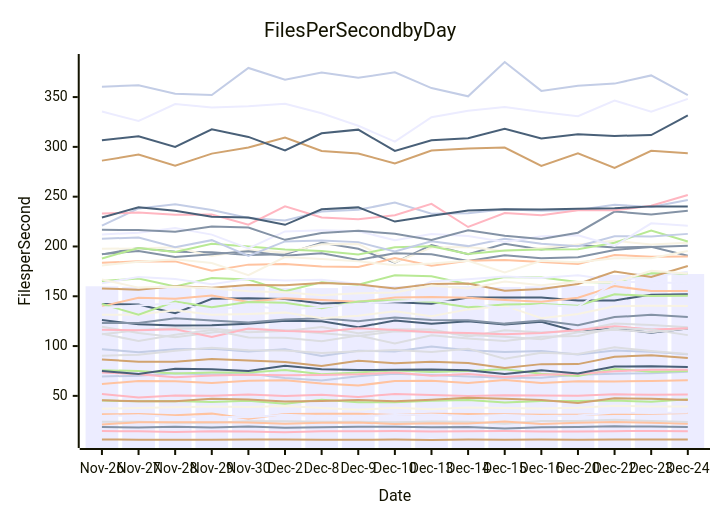
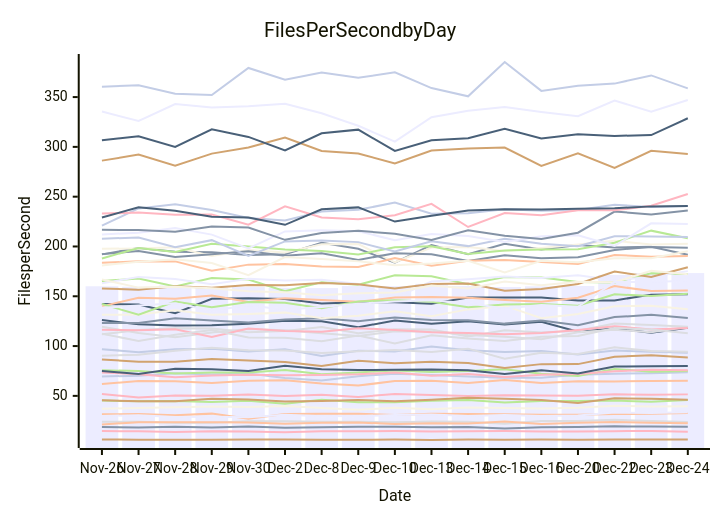
The diagram in perf-report.md (streetsidesoftware/cspell), drawn with Mermaid before and after one commit. The commit also changed other lines of this file and 1 other file, not shown here.

````diff
--- a/perf-report.md
+++ b/perf-report.md
@@ -10,57 +10,57 @@
 ```mermaid
 xychart-beta
     title Files Per Second by Day
     y-axis Files per Second
     x-axis Date [Nov-26, Nov-27, Nov-28, Nov-29, Nov-30, Dec-2, Dec-8, Dec-9, Dec-10, Dec-13, Dec-14, Dec-15, Dec-16, Dec-20, Dec-22, Dec-23, Dec-24]
-    bar [160.01, 159.51, 160.85, 158.58, 159.25, 158.41, 158.24, 160.26, 160.13, 162.46, 160.30, 159.32, 159.99, 160.32, 171.41, 173.30, 172.38]
-    line [18.83, 18.32, 19.02, 18.13, 19.36, 18.09, 18.49, 18.92, 19.04, 18.41, 18.71, 17.35, 18.44, 18.66, 19.39, 19.24, 18.85]
-    line [31.60, 31.68, 30.55, 32.17, 27.01, 31.76, 31.99, 31.99, 30.84, 32.08, 31.89, 31.67, 31.01, 31.00, 31.79, 31.95, 32.77]
-    line [24.09, 24.00, 22.97, 23.09, 24.60, 24.46, 23.99, 23.97, 23.56, 24.27, 23.97, 21.89, 24.77, 24.75, 25.98, 24.78, 23.81]
-    line [165.34, 167.76, 159.74, 168.29, 166.84, 155.06, 164.08, 161.66, 171.02, 169.99, 161.97, 169.28, 168.79, 164.45, 163.90, 173.08, 172.85]
-    line [6.16, 6.03, 5.90, 6.01, 6.16, 6.12, 6.00, 6.03, 6.11, 5.69, 6.12, 5.85, 6.27, 5.94, 6.19, 6.23, 6.07]
-    line [96.91, 93.91, 96.71, 97.20, 94.57, 96.80, 90.09, 95.39, 94.62, 99.56, 95.79, 93.99, 95.03, 91.66, 95.50, 94.32, 91.66]
-    line [51.79, 48.42, 50.26, 50.21, 51.36, 49.95, 51.18, 48.94, 51.93, 50.78, 49.91, 50.66, 50.34, 50.02, 51.61, 51.21, 51.39]
-    line [126.14, 121.82, 120.62, 120.89, 122.51, 125.41, 124.96, 118.90, 125.77, 122.50, 124.97, 121.63, 124.44, 114.40, 117.66, 113.42, 117.71]
-    line [37.18, 37.74, 38.63, 39.45, 38.80, 39.93, 37.87, 36.13, 38.10, 36.47, 38.38, 37.81, 37.32, 38.13, 39.99, 39.24, 39.35]
-    line [163.00, 169.37, 167.40, 162.13, 167.55, 165.94, 166.49, 162.27, 148.64, 164.74, 167.10, 169.90, 168.25, 171.20, 165.98, 169.49, 174.65]
-    line [123.27, 123.12, 128.04, 125.68, 123.73, 126.68, 128.02, 124.91, 128.75, 126.25, 125.99, 122.54, 125.77, 120.95, 129.07, 131.35, 129.20]
-    line [21.29, 23.51, 23.57, 23.50, 23.32, 21.90, 22.93, 23.26, 21.71, 22.48, 22.26, 24.16, 21.86, 22.99, 23.86, 22.95, 21.88]
-    line [119.47, 113.07, 108.78, 113.61, 117.05, 115.87, 112.86, 110.11, 114.79, 114.58, 111.22, 109.33, 106.79, 113.91, 116.30, 113.89, 117.60]
-    line [45.25, 44.50, 44.73, 43.85, 45.20, 42.00, 46.02, 43.67, 43.68, 45.02, 45.75, 43.43, 44.94, 44.85, 45.35, 43.98, 46.56]
-    line [286.19, 292.24, 281.16, 293.25, 299.40, 309.39, 295.84, 293.27, 283.38, 296.25, 298.40, 299.27, 280.90, 293.45, 278.89, 296.00, 293.62]
-    line [69.45, 70.29, 72.76, 71.50, 72.49, 68.01, 65.32, 69.78, 72.32, 70.99, 69.49, 68.20, 68.29, 71.18, 72.28, 72.81, 74.20]
-    line [14.61, 14.49, 13.79, 14.45, 14.21, 13.55, 14.37, 14.53, 14.61, 14.25, 14.42, 14.66, 14.20, 14.14, 14.58, 14.66, 14.46]
-    line [142.26, 141.63, 133.10, 147.45, 147.90, 147.19, 142.70, 144.08, 143.97, 142.44, 148.72, 148.74, 148.66, 145.81, 145.83, 151.65, 152.04]
-    line [131.47, 131.60, 135.88, 131.34, 132.15, 133.58, 127.82, 130.48, 134.87, 129.94, 136.83, 140.59, 128.00, 132.13, 140.04, 140.36, 140.15]
-    line [335.50, 325.97, 342.99, 339.55, 340.91, 343.35, 333.69, 321.17, 305.21, 329.78, 336.28, 339.96, 335.03, 330.81, 346.52, 335.23, 348.17]
-    line [192.08, 198.49, 194.68, 194.09, 191.43, 192.21, 203.69, 197.75, 183.65, 201.42, 192.31, 202.71, 196.90, 201.49, 199.06, 199.67, 190.75]
-    line [61.80, 64.96, 64.67, 62.90, 65.22, 65.65, 62.39, 60.36, 64.84, 65.11, 62.93, 65.98, 63.02, 64.70, 64.39, 64.92, 65.56]
-    line [90.32, 91.22, 95.22, 98.38, 95.87, 95.57, 93.03, 94.71, 95.93, 94.05, 97.42, 87.40, 93.20, 92.02, 98.77, 95.06, 92.11]
-    line [75.69, 74.97, 72.54, 73.38, 73.35, 76.02, 71.59, 73.55, 75.54, 73.95, 75.07, 76.77, 72.26, 69.84, 77.03, 74.27, 74.85]
-    line [45.62, 44.62, 44.61, 47.22, 46.33, 44.42, 44.87, 45.90, 44.67, 46.00, 48.05, 47.07, 45.85, 42.75, 47.52, 47.21, 45.80]
-    line [220.97, 238.24, 242.33, 236.55, 228.65, 226.03, 235.13, 236.77, 244.11, 232.83, 233.41, 237.39, 235.87, 236.73, 241.85, 239.59, 246.68]
-    line [73.49, 71.80, 68.80, 70.33, 71.28, 70.66, 70.99, 71.64, 73.38, 70.10, 71.99, 68.96, 71.11, 72.00, 74.62, 76.21, 76.18]
-    line [75.07, 72.02, 77.23, 76.76, 75.06, 80.27, 76.65, 75.94, 76.12, 76.57, 75.62, 71.86, 75.70, 72.52, 79.52, 79.75, 78.94]
-    line [197.62, 198.09, 199.18, 190.53, 196.53, 193.86, 202.32, 202.37, 184.12, 199.02, 199.50, 195.58, 198.56, 202.04, 205.76, 202.04, 203.69]
-    line [29.86, 30.48, 28.76, 28.98, 28.47, 31.13, 29.50, 29.81, 30.70, 31.34, 29.78, 30.86, 29.89, 30.20, 33.22, 32.90, 33.35]
-    line [192.32, 195.34, 189.35, 192.30, 195.25, 190.71, 193.15, 186.55, 193.19, 192.23, 185.43, 191.26, 188.26, 189.10, 196.56, 199.42, 200.66]
-    line [183.57, 185.12, 185.03, 175.76, 181.77, 182.47, 179.95, 179.31, 188.38, 180.77, 185.77, 186.35, 184.33, 182.33, 191.53, 189.75, 190.04]
-    line [111.80, 116.19, 117.82, 117.56, 113.82, 115.04, 119.17, 112.82, 116.99, 116.61, 109.61, 115.93, 113.66, 115.36, 122.68, 121.26, 118.84]
-    line [187.96, 198.52, 194.49, 202.79, 200.07, 197.01, 195.46, 191.88, 199.25, 200.18, 192.55, 195.85, 196.96, 197.31, 203.68, 215.88, 205.04]
-    line [157.87, 156.54, 160.15, 158.52, 161.43, 161.03, 163.37, 162.01, 157.69, 162.41, 162.92, 155.61, 157.24, 162.25, 174.81, 169.46, 180.33]
-    line [207.83, 208.99, 199.30, 206.34, 190.41, 205.06, 206.03, 204.37, 194.91, 205.14, 200.36, 207.64, 202.85, 200.31, 210.29, 210.04, 212.65]
-    line [116.48, 115.76, 116.91, 109.21, 117.71, 115.04, 114.43, 117.93, 116.17, 113.85, 113.19, 111.86, 113.23, 116.22, 119.95, 116.76, 117.89]
-    line [306.69, 310.59, 299.95, 317.57, 310.02, 296.47, 313.58, 317.30, 295.96, 306.54, 308.67, 318.29, 308.47, 312.68, 311.01, 311.87, 331.54]
-    line [180.91, 184.73, 187.07, 183.30, 171.17, 189.43, 187.46, 185.27, 181.05, 182.93, 185.74, 173.94, 185.68, 184.19, 188.28, 188.11, 195.43]
-    line [212.04, 213.89, 218.50, 211.90, 198.01, 215.07, 216.21, 215.29, 206.31, 212.61, 210.51, 204.56, 210.18, 211.34, 200.66, 223.22, 220.88]
-    line [216.67, 216.64, 214.89, 220.14, 219.09, 206.67, 213.42, 215.72, 212.77, 206.57, 216.35, 210.81, 207.51, 213.81, 235.09, 232.12, 235.95]
-    line [139.88, 148.61, 147.55, 150.86, 144.17, 148.12, 146.38, 144.41, 148.76, 149.26, 148.44, 146.25, 144.57, 148.51, 160.26, 155.20, 155.19]
-    line [112.40, 105.21, 111.47, 116.12, 108.62, 108.44, 104.81, 110.68, 102.65, 110.81, 107.51, 105.11, 109.29, 110.23, 118.20, 116.66, 110.98]
-    line [142.22, 131.52, 144.79, 139.07, 144.20, 143.55, 138.09, 144.82, 146.07, 144.49, 139.02, 141.78, 142.36, 140.50, 151.95, 150.33, 150.60]
-    line [86.46, 84.38, 84.35, 87.05, 85.49, 84.05, 80.02, 85.30, 82.71, 84.32, 82.91, 77.95, 81.87, 81.89, 89.30, 90.84, 88.11]
-    line [360.42, 361.78, 353.39, 352.03, 379.23, 367.49, 374.69, 369.34, 374.83, 359.05, 350.76, 385.22, 356.23, 361.41, 363.52, 371.74, 351.86]
-    line [233.01, 234.04, 231.90, 232.03, 221.81, 240.23, 229.14, 227.27, 231.37, 242.80, 219.56, 233.62, 231.32, 236.32, 236.26, 240.94, 251.72]
-    line [229.08, 239.26, 235.89, 229.81, 229.18, 221.75, 237.38, 239.25, 224.99, 230.85, 236.16, 237.46, 237.06, 237.81, 238.36, 240.26, 240.19]
-    line [166.78, 158.69, 159.56, 158.17, 155.13, 153.99, 150.95, 152.99, 153.72, 160.91, 157.90, 164.74, 161.04, 164.69, 164.20, 175.57, 172.81]
-    line [138.39, 140.67, 142.96, 135.37, 140.89, 136.51, 139.19, 142.56, 144.70, 146.06, 142.91, 137.61, 141.27, 139.39, 164.22, 164.25, 162.91]
+    bar [160.01, 159.51, 160.85, 158.58, 159.25, 158.41, 158.24, 160.26, 160.13, 162.46, 160.30, 159.32, 159.99, 160.32, 171.41, 173.30, 173.31]
+    line [18.83, 18.32, 19.02, 18.13, 19.36, 18.09, 18.49, 18.92, 19.04, 18.41, 18.71, 17.35, 18.44, 18.66, 19.39, 19.24, 18.87]
+    line [31.60, 31.68, 30.55, 32.17, 27.01, 31.76, 31.99, 31.99, 30.84, 32.08, 31.89, 31.67, 31.01, 31.00, 31.79, 31.95, 32.69]
+    line [24.09, 24.00, 22.97, 23.09, 24.60, 24.46, 23.99, 23.97, 23.56, 24.27, 23.97, 21.89, 24.77, 24.75, 25.98, 24.78, 23.85]
+    line [165.34, 167.76, 159.74, 168.29, 166.84, 155.06, 164.08, 161.66, 171.02, 169.99, 161.97, 169.28, 168.79, 164.45, 163.90, 173.08, 172.45]
+    line [6.16, 6.03, 5.90, 6.01, 6.16, 6.12, 6.00, 6.03, 6.11, 5.69, 6.12, 5.85, 6.27, 5.94, 6.19, 6.23, 6.08]
+    line [96.91, 93.91, 96.71, 97.20, 94.57, 96.80, 90.09, 95.39, 94.62, 99.56, 95.79, 93.99, 95.03, 91.66, 95.50, 94.32, 93.24]
+    line [51.79, 48.42, 50.26, 50.21, 51.36, 49.95, 51.18, 48.94, 51.93, 50.78, 49.91, 50.66, 50.34, 50.02, 51.61, 51.21, 51.50]
+    line [126.14, 121.82, 120.62, 120.89, 122.51, 125.41, 124.96, 118.90, 125.77, 122.50, 124.97, 121.63, 124.44, 114.40, 117.66, 113.42, 118.34]
+    line [37.18, 37.74, 38.63, 39.45, 38.80, 39.93, 37.87, 36.13, 38.10, 36.47, 38.38, 37.81, 37.32, 38.13, 39.99, 39.24, 39.57]
+    line [163.00, 169.37, 167.40, 162.13, 167.55, 165.94, 166.49, 162.27, 148.64, 164.74, 167.10, 169.90, 168.25, 171.20, 165.98, 169.49, 175.24]
+    line [123.27, 123.12, 128.04, 125.68, 123.73, 126.68, 128.02, 124.91, 128.75, 126.25, 125.99, 122.54, 125.77, 120.95, 129.07, 131.35, 128.12]
+    line [21.29, 23.51, 23.57, 23.50, 23.32, 21.90, 22.93, 23.26, 21.71, 22.48, 22.26, 24.16, 21.86, 22.99, 23.86, 22.95, 22.50]
+    line [119.47, 113.07, 108.78, 113.61, 117.05, 115.87, 112.86, 110.11, 114.79, 114.58, 111.22, 109.33, 106.79, 113.91, 116.30, 113.89, 119.22]
+    line [45.25, 44.50, 44.73, 43.85, 45.20, 42.00, 46.02, 43.67, 43.68, 45.02, 45.75, 43.43, 44.94, 44.85, 45.35, 43.98, 45.95]
+    line [286.19, 292.24, 281.16, 293.25, 299.40, 309.39, 295.84, 293.27, 283.38, 296.25, 298.40, 299.27, 280.90, 293.45, 278.89, 296.00, 292.81]
+    line [69.45, 70.29, 72.76, 71.50, 72.49, 68.01, 65.32, 69.78, 72.32, 70.99, 69.49, 68.20, 68.29, 71.18, 72.28, 72.81, 73.80]
+    line [14.61, 14.49, 13.79, 14.45, 14.21, 13.55, 14.37, 14.53, 14.61, 14.25, 14.42, 14.66, 14.20, 14.14, 14.58, 14.66, 14.01]
+    line [142.26, 141.63, 133.10, 147.45, 147.90, 147.19, 142.70, 144.08, 143.97, 142.44, 148.72, 148.74, 148.66, 145.81, 145.83, 151.65, 151.96]
+    line [131.47, 131.60, 135.88, 131.34, 132.15, 133.58, 127.82, 130.48, 134.87, 129.94, 136.83, 140.59, 128.00, 132.13, 140.04, 140.36, 137.09]
+    line [335.50, 325.97, 342.99, 339.55, 340.91, 343.35, 333.69, 321.17, 305.21, 329.78, 336.28, 339.96, 335.03, 330.81, 346.52, 335.23, 347.03]
+    line [192.08, 198.49, 194.68, 194.09, 191.43, 192.21, 203.69, 197.75, 183.65, 201.42, 192.31, 202.71, 196.90, 201.49, 199.06, 199.67, 191.67]
+    line [61.80, 64.96, 64.67, 62.90, 65.22, 65.65, 62.39, 60.36, 64.84, 65.11, 62.93, 65.98, 63.02, 64.70, 64.39, 64.92, 65.11]
+    line [90.32, 91.22, 95.22, 98.38, 95.87, 95.57, 93.03, 94.71, 95.93, 94.05, 97.42, 87.40, 93.20, 92.02, 98.77, 95.06, 94.23]
+    line [75.69, 74.97, 72.54, 73.38, 73.35, 76.02, 71.59, 73.55, 75.54, 73.95, 75.07, 76.77, 72.26, 69.84, 77.03, 74.27, 74.91]
+    line [45.62, 44.62, 44.61, 47.22, 46.33, 44.42, 44.87, 45.90, 44.67, 46.00, 48.05, 47.07, 45.85, 42.75, 47.52, 47.21, 45.98]
+    line [220.97, 238.24, 242.33, 236.55, 228.65, 226.03, 235.13, 236.77, 244.11, 232.83, 233.41, 237.39, 235.87, 236.73, 241.85, 239.59, 240.74]
+    line [73.49, 71.80, 68.80, 70.33, 71.28, 70.66, 70.99, 71.64, 73.38, 70.10, 71.99, 68.96, 71.11, 72.00, 74.62, 76.21, 75.80]
+    line [75.07, 72.02, 77.23, 76.76, 75.06, 80.27, 76.65, 75.94, 76.12, 76.57, 75.62, 71.86, 75.70, 72.52, 79.52, 79.75, 79.87]
+    line [197.62, 198.09, 199.18, 190.53, 196.53, 193.86, 202.32, 202.37, 184.12, 199.02, 199.50, 195.58, 198.56, 202.04, 205.76, 202.04, 202.68]
+    line [29.86, 30.48, 28.76, 28.98, 28.47, 31.13, 29.50, 29.81, 30.70, 31.34, 29.78, 30.86, 29.89, 30.20, 33.22, 32.90, 33.51]
+    line [192.32, 195.34, 189.35, 192.30, 195.25, 190.71, 193.15, 186.55, 193.19, 192.23, 185.43, 191.26, 188.26, 189.10, 196.56, 199.42, 198.60]
+    line [183.57, 185.12, 185.03, 175.76, 181.77, 182.47, 179.95, 179.31, 188.38, 180.77, 185.77, 186.35, 184.33, 182.33, 191.53, 189.75, 190.35]
+    line [111.80, 116.19, 117.82, 117.56, 113.82, 115.04, 119.17, 112.82, 116.99, 116.61, 109.61, 115.93, 113.66, 115.36, 122.68, 121.26, 119.49]
+    line [187.96, 198.52, 194.49, 202.79, 200.07, 197.01, 195.46, 191.88, 199.25, 200.18, 192.55, 195.85, 196.96, 197.31, 203.68, 215.88, 208.32]
+    line [157.87, 156.54, 160.15, 158.52, 161.43, 161.03, 163.37, 162.01, 157.69, 162.41, 162.92, 155.61, 157.24, 162.25, 174.81, 169.46, 179.09]
+    line [207.83, 208.99, 199.30, 206.34, 190.41, 205.06, 206.03, 204.37, 194.91, 205.14, 200.36, 207.64, 202.85, 200.31, 210.29, 210.04, 209.61]
+    line [116.48, 115.76, 116.91, 109.21, 117.71, 115.04, 114.43, 117.93, 116.17, 113.85, 113.19, 111.86, 113.23, 116.22, 119.95, 116.76, 118.11]
+    line [306.69, 310.59, 299.95, 317.57, 310.02, 296.47, 313.58, 317.30, 295.96, 306.54, 308.67, 318.29, 308.47, 312.68, 311.01, 311.87, 328.73]
+    line [180.91, 184.73, 187.07, 183.30, 171.17, 189.43, 187.46, 185.27, 181.05, 182.93, 185.74, 173.94, 185.68, 184.19, 188.28, 188.11, 195.14]
+    line [212.04, 213.89, 218.50, 211.90, 198.01, 215.07, 216.21, 215.29, 206.31, 212.61, 210.51, 204.56, 210.18, 211.34, 200.66, 223.22, 222.44]
+    line [216.67, 216.64, 214.89, 220.14, 219.09, 206.67, 213.42, 215.72, 212.77, 206.57, 216.35, 210.81, 207.51, 213.81, 235.09, 232.12, 236.04]
+    line [139.88, 148.61, 147.55, 150.86, 144.17, 148.12, 146.38, 144.41, 148.76, 149.26, 148.44, 146.25, 144.57, 148.51, 160.26, 155.20, 155.85]
+    line [112.40, 105.21, 111.47, 116.12, 108.62, 108.44, 104.81, 110.68, 102.65, 110.81, 107.51, 105.11, 109.29, 110.23, 118.20, 116.66, 112.96]
+    line [142.22, 131.52, 144.79, 139.07, 144.20, 143.55, 138.09, 144.82, 146.07, 144.49, 139.02, 141.78, 142.36, 140.50, 151.95, 150.33, 152.64]
+    line [86.46, 84.38, 84.35, 87.05, 85.49, 84.05, 80.02, 85.30, 82.71, 84.32, 82.91, 77.95, 81.87, 81.89, 89.30, 90.84, 88.64]
+    line [360.42, 361.78, 353.39, 352.03, 379.23, 367.49, 374.69, 369.34, 374.83, 359.05, 350.76, 385.22, 356.23, 361.41, 363.52, 371.74, 358.77]
+    line [233.01, 234.04, 231.90, 232.03, 221.81, 240.23, 229.14, 227.27, 231.37, 242.80, 219.56, 233.62, 231.32, 236.32, 236.26, 240.94, 252.76]
+    line [229.08, 239.26, 235.89, 229.81, 229.18, 221.75, 237.38, 239.25, 224.99, 230.85, 236.16, 237.46, 237.06, 237.81, 238.36, 240.26, 240.66]
+    line [166.78, 158.69, 159.56, 158.17, 155.13, 153.99, 150.95, 152.99, 153.72, 160.91, 157.90, 164.74, 161.04, 164.69, 164.20, 175.57, 172.00]
+    line [138.39, 140.67, 142.96, 135.37, 140.89, 136.51, 139.19, 142.56, 144.70, 146.06, 142.91, 137.61, 141.27, 139.39, 164.22, 164.25, 165.46]
 ```
````
